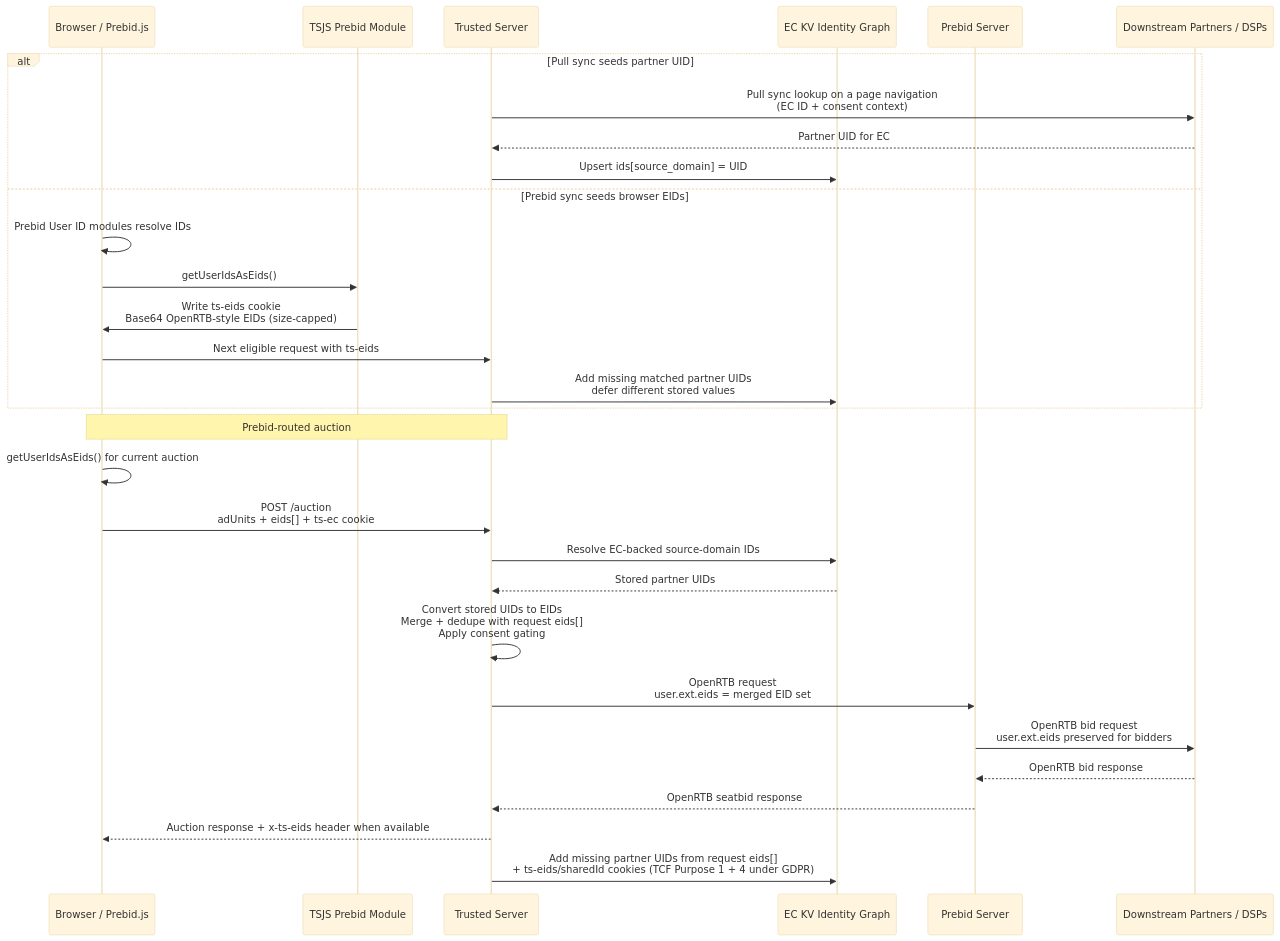
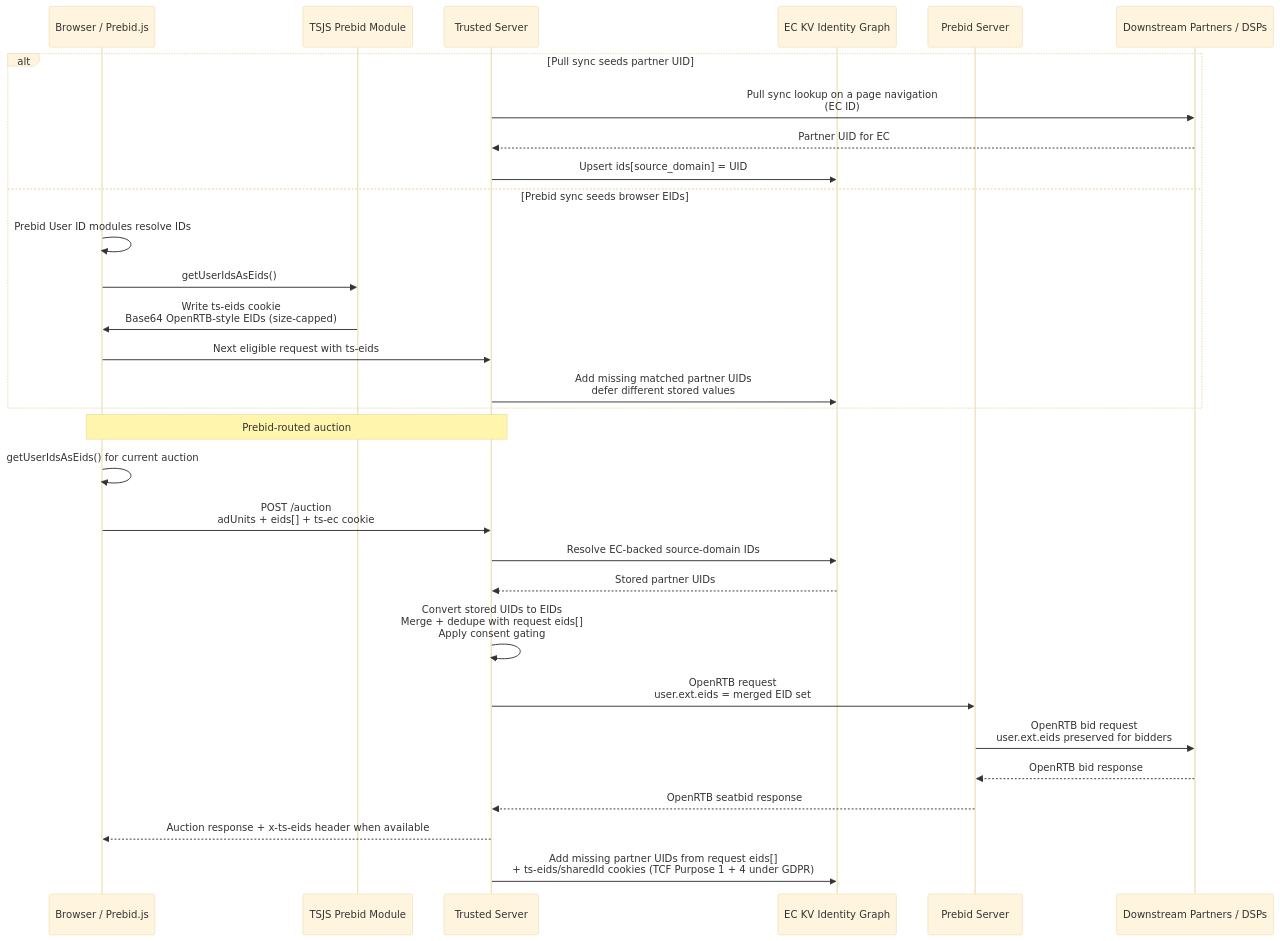
One commit to IABTechLab/trusted-server changed the sixth of 6 diagrams in docs/guide/edge-cookies.md. Above: the diagram before and after it, drawn with Mermaid (base theme). The commit also changed other lines of this file and 6 other files, not shown here.

First line of the commit message:
Align mirror and pull sync docs with the provider-based pull sync

````diff
--- a/docs/guide/edge-cookies.md
+++ b/docs/guide/edge-cookies.md
@@ -195,34 +195,34 @@
 ```mermaid
 sequenceDiagram
     participant B as Browser / Prebid.js
     participant TSJS as TSJS Prebid Module
     participant TS as Trusted Server
     participant KV as EC KV Identity Graph
     participant PS as Prebid Server
     participant DSP as Downstream Partners / DSPs
 
     alt Pull sync seeds partner UID
-        TS->>DSP: Pull sync lookup on a page navigation<br/>(EC ID + consent context)
+        TS->>DSP: Pull sync lookup on a page navigation<br/>(EC ID)
         DSP-->>TS: Partner UID for EC
         TS->>KV: Upsert ids[source_domain] = UID
     else Prebid sync seeds browser EIDs
         B->>B: Prebid User ID modules resolve IDs
         B->>TSJS: getUserIdsAsEids()
         TSJS->>B: Write ts-eids cookie<br/>Base64 OpenRTB-style EIDs (size-capped)
         B->>TS: Next eligible request with ts-eids
         TS->>KV: Add missing matched partner UIDs<br/>defer different stored values
     end
 
     Note over B,TS: Prebid-routed auction
     B->>B: getUserIdsAsEids() for current auction
     B->>TS: POST /auction<br/>adUnits + eids[] + ts-ec cookie
     TS->>KV: Resolve EC-backed source-domain IDs
     KV-->>TS: Stored partner UIDs
     TS->>TS: Convert stored UIDs to EIDs<br/>Merge + dedupe with request eids[]<br/>Apply consent gating
     TS->>PS: OpenRTB request<br/>user.ext.eids = merged EID set
     PS->>DSP: OpenRTB bid request<br/>user.ext.eids preserved for bidders
     DSP-->>PS: OpenRTB bid response
     PS-->>TS: OpenRTB seatbid response
     TS-->>B: Auction response + x-ts-eids header when available
     TS->>KV: Add missing partner UIDs from request eids[]<br/>+ ts-eids/sharedId cookies (TCF Purpose 1 + 4 under GDPR)
 ```
````
